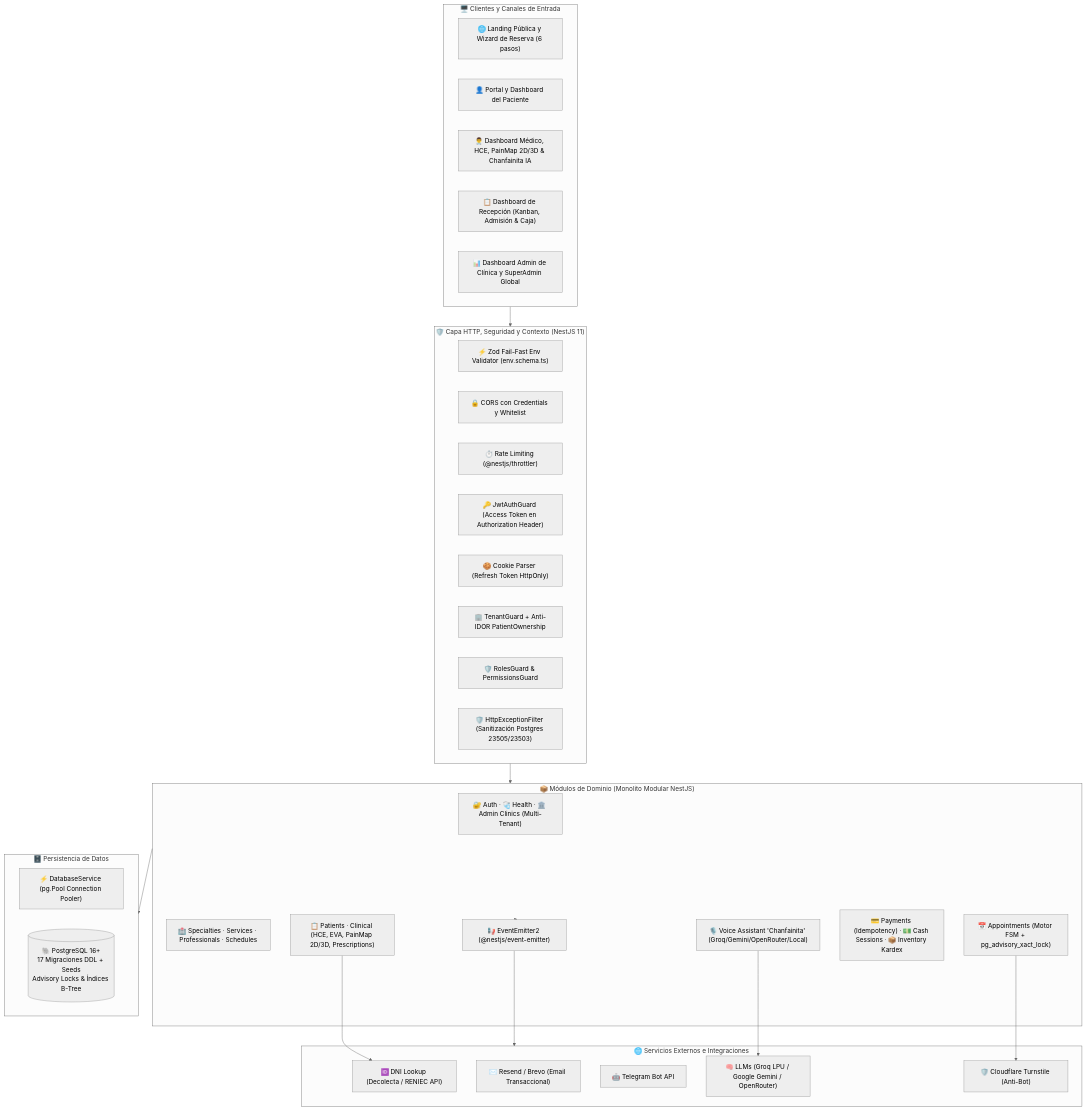
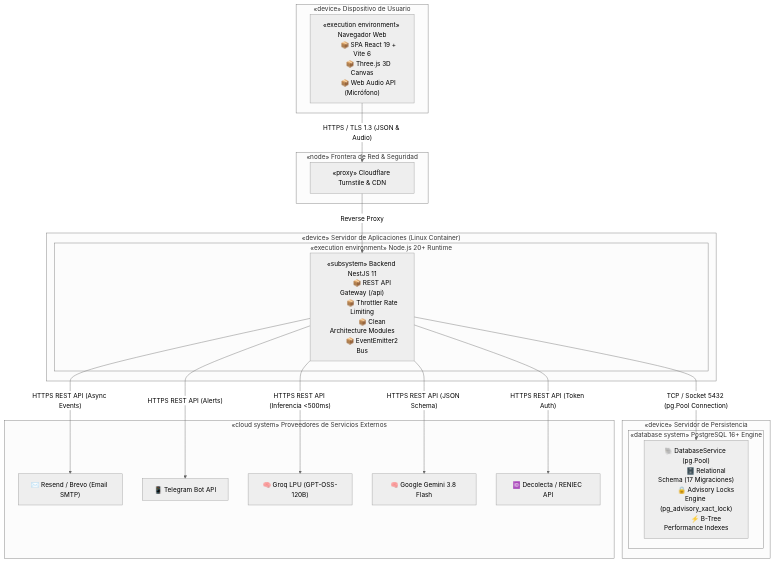
The fifth of 8 diagrams in docs/ARCHITECTURE.md (Alessander9/SistemaCitas_ok), drawn with Mermaid (neutral theme) before and after one commit. The commit also changed other lines of this file and 1 other file, not shown here.

Commit message:
docs: add RUP process model and UML 4+1 architectural views to README and ARCHITECTURE

````diff
--- a/docs/ARCHITECTURE.md
+++ b/docs/ARCHITECTURE.md
@@ -39,53 +281,49 @@
 ```mermaid
 flowchart TB
-    subgraph CLIENTS ["🖥️ Clientes y Canales de Entrada"]
-        WEB_PUB["🌐 Landing Pública y Wizard de Reserva (6 pasos)"]
-        PORTAL_PAC["👤 Portal y Dashboard del Paciente"]
-        PORTAL_MED["👨‍⚕️ Dashboard Médico, HCE, PainMap 2D/3D & Chanfainita IA"]
-        PORTAL_REC["📋 Dashboard de Recepción (Kanban, Admisión & Caja)"]
-        PORTAL_ADM["📊 Dashboard Admin de Clínica y SuperAdmin Global"]
+    subgraph CLIENT_TIER ["«device» Dispositivo de Usuario"]
+        BROWSER["«execution environment» Navegador Web
+        📦 SPA React 19 + Vite 6
+        📦 Three.js 3D Canvas
+        📦 Web Audio API (Micrófono)"]
     end
 
-    subgraph GATEWAY ["🛡️ Capa HTTP, Seguridad y Contexto (NestJS 11)"]
-        ENV_ZOD["⚡ Zod Fail-Fast Env Validator (env.schema.ts)"]
-        CORS_SEC["🔒 CORS con Credentials y Whitelist"]
-        THROTTLER["⏱️ Rate Limiting (@nestjs/throttler)"]
-        AUTH_GUARD["🔑 JwtAuthGuard (Access Token en Authorization Header)"]
-        COOKIE_PARSER["🍪 Cookie Parser (Refresh Token HttpOnly)"]
-        TENANT_GUARD["🏢 TenantGuard + Anti-IDOR PatientOwnership"]
-        RBAC_GUARD["🛡️ RolesGuard & PermissionsGuard"]
-        EXC_FILTER["🛡️ HttpExceptionFilter (Sanitización Postgres 23505/23503)"]
+    subgraph CLOUD_GATEWAY ["«node» Frontera de Red & Seguridad"]
+        CF["«proxy» Cloudflare Turnstile & CDN"]
     end
 
-    subgraph BUSINESS ["📦 Módulos de Dominio (Monolito Modular NestJS)"]
-        CORE_MOD["🔐 Auth · 🩺 Health · 🏛️ Admin Clinics (Multi-Tenant)"]
-        CAT_MOD["🏥 Specialties · Services · Professionals · Schedules"]
-        APPT_MOD["📅 Appointments (Motor FSM + pg_advisory_xact_lock)"]
-        CLIN_MOD["📋 Patients · Clinical (HCE, EVA, PainMap 2D/3D, Prescriptions)"]
-        VOICE_MOD["🎙️ Voice Assistant 'Chanfainita' (Groq/Gemini/OpenRouter/Local)"]
-        FIN_MOD["💳 Payments (Idempotency) · 💵 Cash Sessions · 📦 Inventory Kardex"]
-        EVENT_BUS["📢 EventEmitter2 (@nestjs/event-emitter)"]
+    subgraph APP_SERVER ["«device» Servidor de Aplicaciones (Linux Container)"]
+        subgraph RUNTIME ["«execution environment» Node.js 20+ Runtime"]
+            NEST["«subsystem» Backend NestJS 11
+            📦 REST API Gateway (/api)
+            📦 Throttler Rate Limiting
+            📦 Clean Architecture Modules
+            📦 EventEmitter2 Bus"]
+        end
     end
 
-    subgraph EXTERNAL ["🌐 Servicios Externos e Integraciones"]
-        RENIEC["🆔 DNI Lookup (Decolecta / RENIEC API)"]
-        RESEND["✉️ Resend / Brevo (Email Transaccional)"]
-        TG_BOT["🤖 Telegram Bot API"]
-        LLM_APIS["🧠 LLMs (Groq LPU / Google Gemini / OpenRouter)"]
-        TURNSTILE["🛡️ Cloudflare Turnstile (Anti-Bot)"]
+    subgraph DATA_SERVER ["«device» Servidor de Persistencia"]
+        subgraph PG_NODE ["«database system» PostgreSQL 16+ Engine"]
+            PG_SERVICE["🐘 DatabaseService (pg.Pool)
+            🗄️ Relational Schema (17 Migraciones)
+            🔒 Advisory Locks Engine (pg_advisory_xact_lock)
+            ⚡ B-Tree Performance Indexes"]
+        end
     end
 
-    subgraph STORAGE ["🗄️ Persistencia de Datos"]
-        POOL["⚡ DatabaseService (pg.Pool Connection Pooler)"]
-        PG_DB[("🐘 PostgreSQL 16+\n17 Migraciones DDL + Seeds\nAdvisory Locks & Índices B-Tree")]
+    subgraph THIRD_PARTY ["«cloud system» Proveedores de Servicios Externos"]
+        RESEND_API["✉️ Resend / Brevo (Email SMTP)"]
+        TG_API["📱 Telegram Bot API"]
+        GROQ_API["🧠 Groq LPU (GPT-OSS-120B)"]
+        GEMINI_API["🧠 Google Gemini 3.8 Flash"]
+        RENIEC_API["🆔 Decolecta / RENIEC API"]
     end
 
-    CLIENTS --> GATEWAY
-    GATEWAY --> BUSINESS
-    BUSINESS --> STORAGE
-    BUSINESS --> EVENT_BUS
-    EVENT_BUS --> EXTERNAL
-    VOICE_MOD --> LLM_APIS
-    APPT_MOD --> TURNSTILE
-    CLIN_MOD --> RENIEC
+    BROWSER -- "HTTPS / TLS 1.3 (JSON & Audio)" --> CF
+    CF -- "Reverse Proxy" --> NEST
+    NEST -- "TCP / Socket 5432 (pg.Pool Connection)" --> PG_SERVICE
+    NEST -- "HTTPS REST API (Async Events)" --> RESEND_API
+    NEST -- "HTTPS REST API (Alerts)" --> TG_API
+    NEST -- "HTTPS REST API (Inferencia <500ms)" --> GROQ_API
+    NEST -- "HTTPS REST API (JSON Schema)" --> GEMINI_API
+    NEST -- "HTTPS REST API (Token Auth)" --> RENIEC_API
 ```
````
